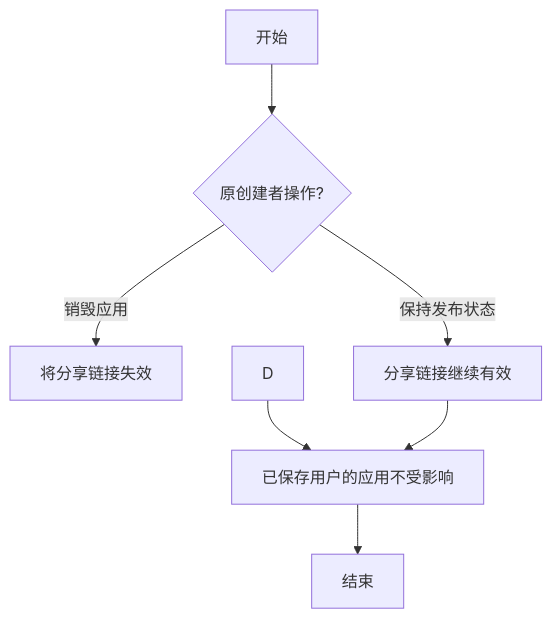
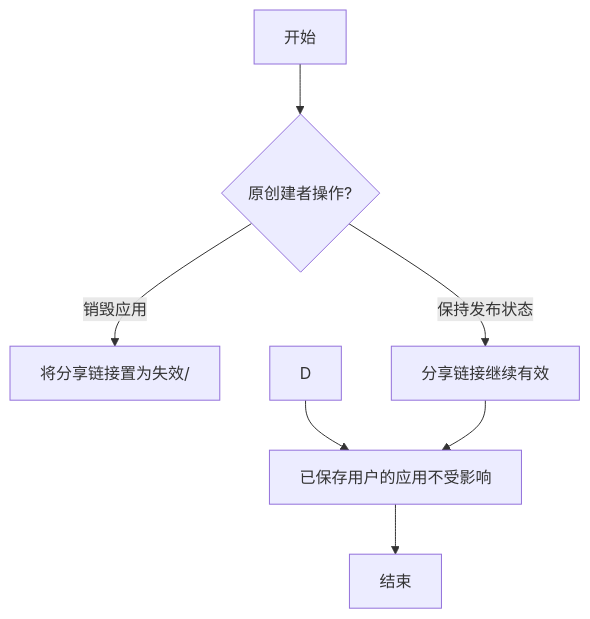
One commit to yingjianzh/iodraw-files changed the diagram in all/未命名-64.md. Above: the diagram before and after it, drawn with Mermaid.

Commit message:
2025-05-21 18:32:48 update

````diff
--- a/all/未命名-64.md
+++ b/all/未命名-64.md
@@ -1,10 +1,10 @@
 ```mermaid
 flowchart TD
     A[开始] --> B{原创建者操作?}
-    B -->|销毁应用| C[将分享链接失效]
+    B -->|销毁应用| C[将分享链接置为失效/]
    
     B -->|保持发布状态| E[分享链接继续有效]
     D --> F[已保存用户的应用不受影响]
     E --> F
     F --> G[结束]
 ```
````
